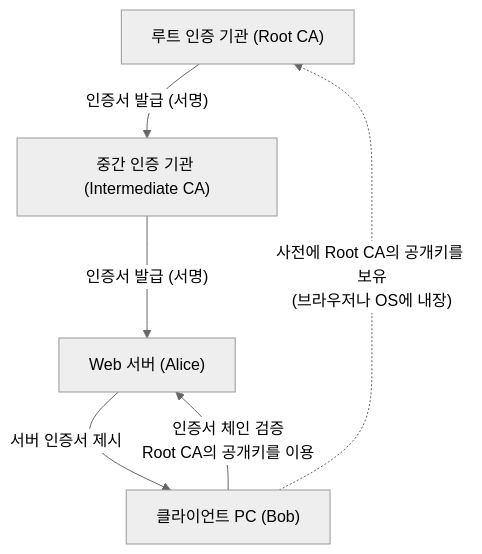
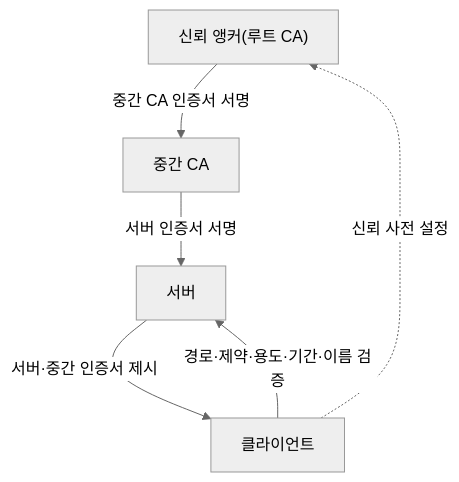
One commit to kenjinote/blog changed the third of 3 diagrams in content/post/modern-cryptography-public-key-hash-signature/index.ko.md. Above: the diagram before and after it, drawn with Mermaid (neutral theme). The commit also changed other lines of this file and 6 other files, not shown here.

````diff
--- a/content/post/modern-cryptography-public-key-hash-signature/index.ko.md
+++ b/content/post/modern-cryptography-public-key-hash-signature/index.ko.md
@@ -317,13 +272,8 @@
 ```mermaid
 graph TD
-    CA["루트 인증 기관 (Root CA)"]
-    SubCA["중간 인증 기관 (Intermediate CA)"]
-    Server["Web 서버 (Alice)"]
-    Client["클라이언트 PC (Bob)"]
-
-    CA -->|"인증서 발급 (서명)"| SubCA
-    SubCA -->|"인증서 발급 (서명)"| Server
-    Server -->|"서버 인증서 제시"| Client
-    Client -.->|"사전에 Root CA의 공개키를 보유\n(브라우저나 OS에 내장)"| CA
-    Client -->|"인증서 체인 검증\nRoot CA의 공개키를 이용"| Server
+    CA["신뢰 앵커(루트 CA)"] -->|"중간 CA 인증서 서명"| I["중간 CA"]
+    I -->|"서버 인증서 서명"| S["서버"]
+    S -->|"서버·중간 인증서 제시"| C["클라이언트"]
+    C -.->|"신뢰 사전 설정"| CA
+    C -->|"경로·제약·용도·기간·이름 검증"| S
 ```
````
